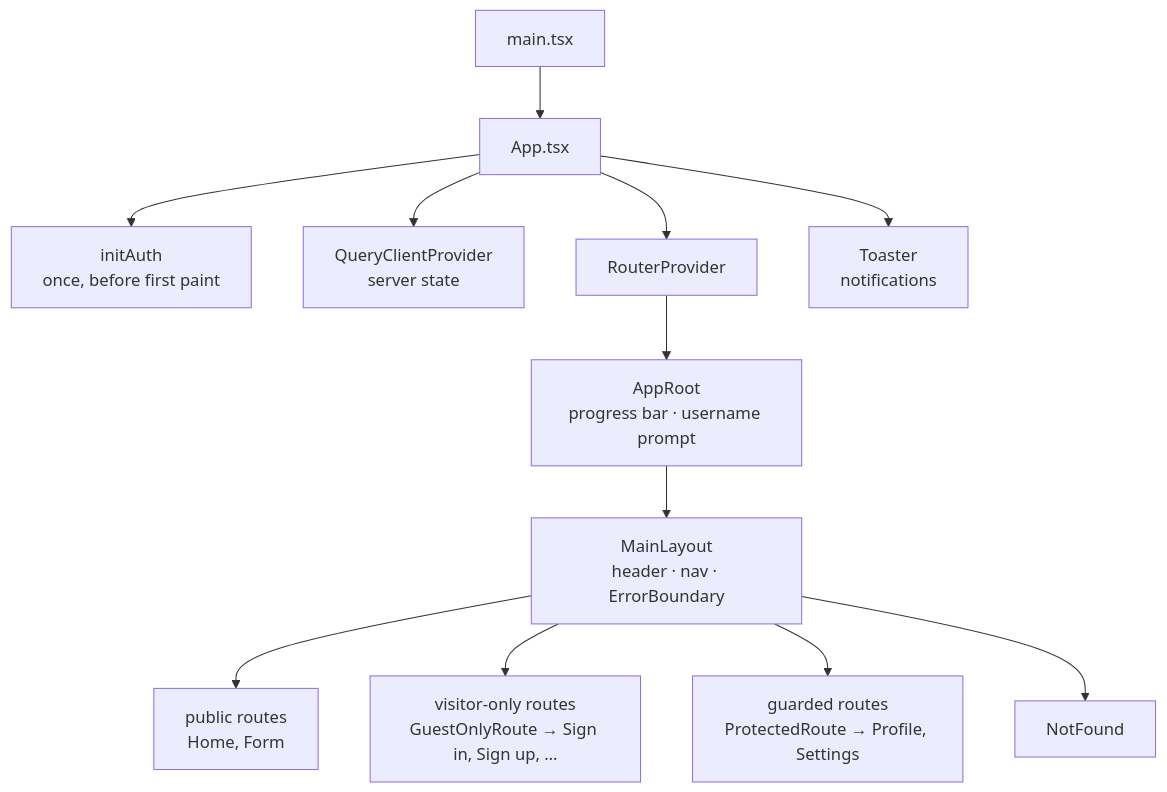
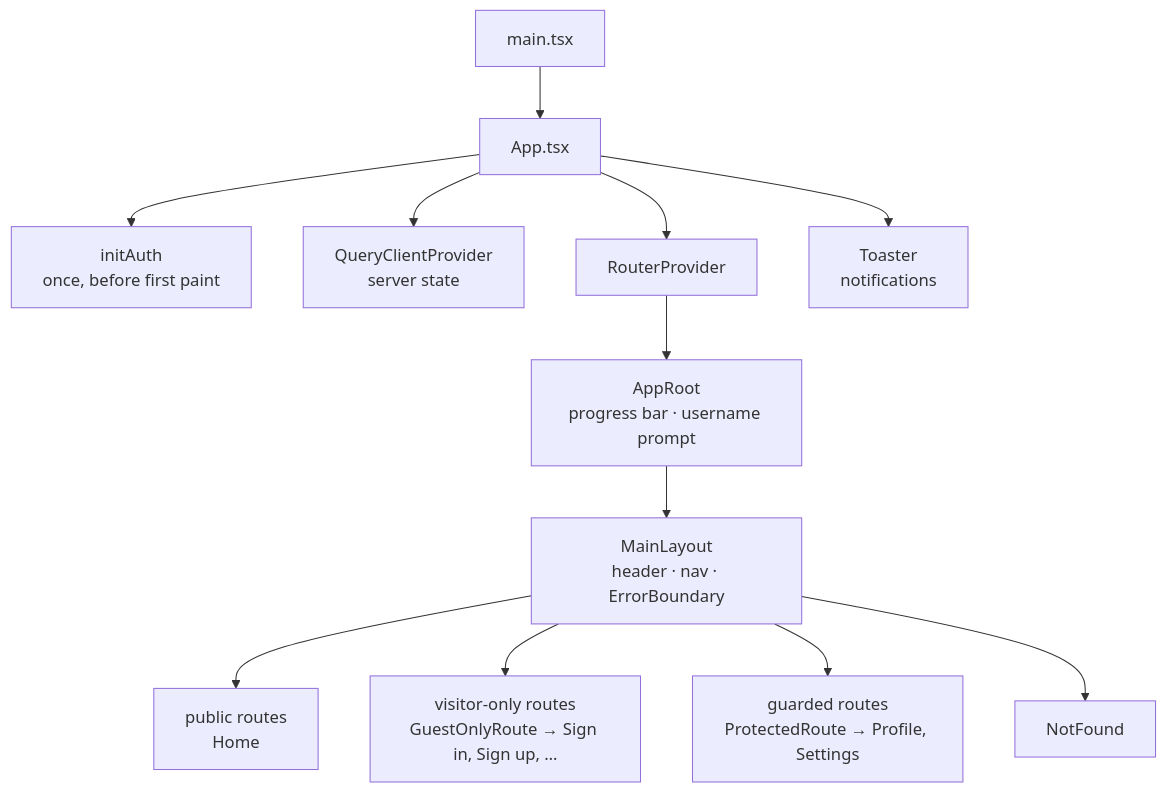
One commit to StoriuSs/NezFocus-Frontend changed the first of 4 diagrams in OVERVIEW.md. Above: the diagram before and after it, drawn with Mermaid. The commit also changed other lines of this file and 81 other files, not shown here.

````diff
--- a/OVERVIEW.md
+++ b/OVERVIEW.md
@@ -83,16 +83,16 @@
 ```mermaid
 flowchart TB
     Main["main.tsx"] --> App["App.tsx"]
 
     App --> Init["initAuth<br/>once, before first paint"]
     App --> QP["QueryClientProvider<br/>server state"]
     App --> RP["RouterProvider"]
     App --> Toast["Toaster<br/>notifications"]
 
     RP --> Root["AppRoot<br/>progress bar · username prompt"]
     Root --> Layout["MainLayout<br/>header · nav · ErrorBoundary"]
-    Layout --> Public["public routes<br/>Home, Form"]
+    Layout --> Public["public routes<br/>Home"]
     Layout --> Guest["visitor-only routes<br/>GuestOnlyRoute → Sign in, Sign up, …"]
     Layout --> Guarded["guarded routes<br/>ProtectedRoute → Profile, Settings"]
     Layout --> NF["NotFound"]
 ```
````
